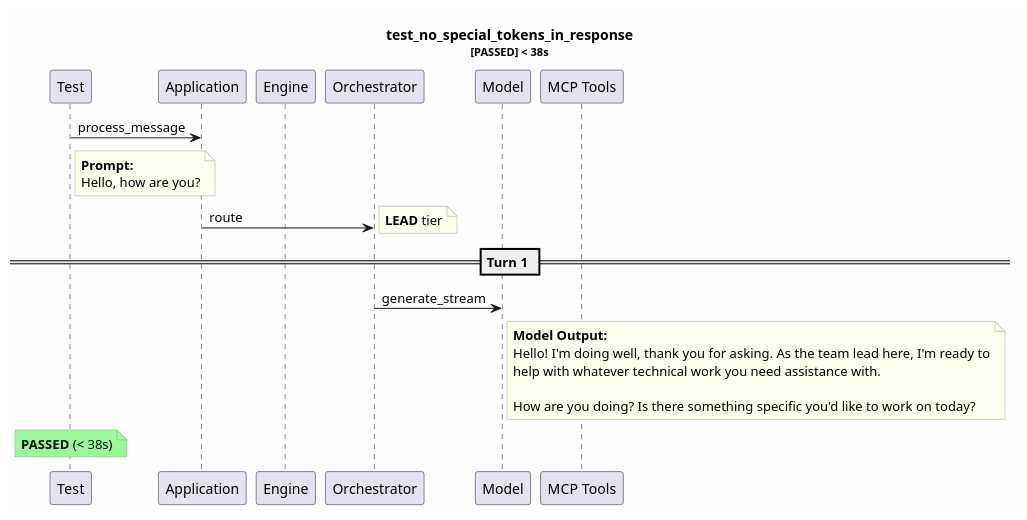
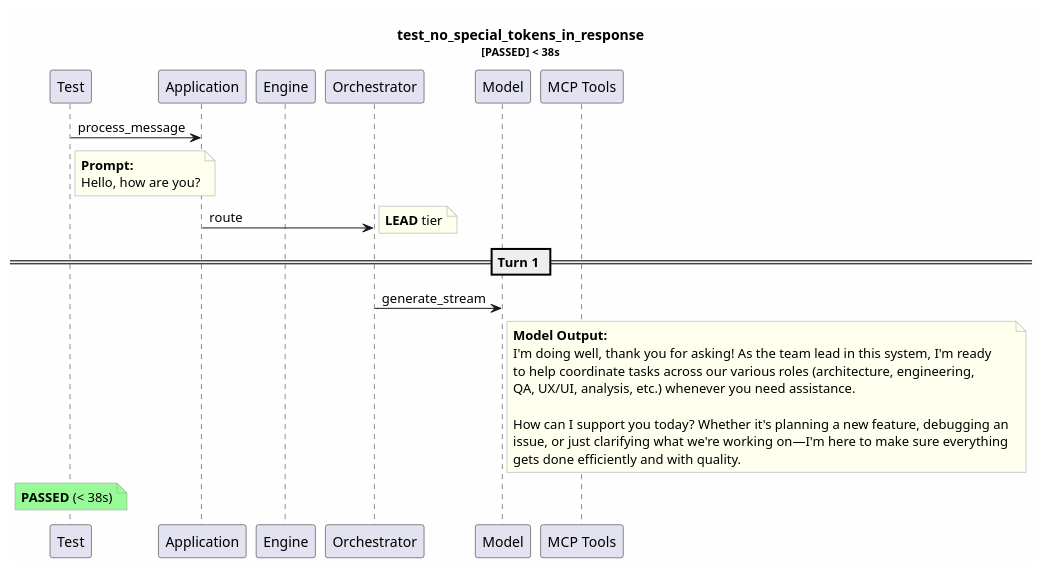
One commit to tvanfossen/entropic changed the diagram in test-reports/logs/test_no_special_tokens_in_response/test_no_special_tokens_in_response.puml. Above: the diagram before and after it, drawn with PlantUML. The commit also changed 11 other files, not shown here.

```diff
--- a/test-reports/logs/test_no_special_tokens_in_response/test_no_special_tokens_in_response.puml
+++ b/test-reports/logs/test_no_special_tokens_in_response/test_no_special_tokens_in_response.puml
@@ -1,34 +1,37 @@
 @startuml
 skinparam backgroundColor #FEFEFE
 skinparam noteBorderColor #999999
 skinparam noteBackgroundColor #FFFFEE
 title test_no_special_tokens_in_response\n<size:11>[PASSED] < 38s</size>
 
 participant "Test" as T
 participant "Application" as App
 participant "Engine" as Eng
 participant "Orchestrator" as Orch
 participant "Model" as Mdl
 participant "MCP Tools" as MCP
 
 T -> App: process_message
 note right of T
   **Prompt:**
   Hello, how are you?
 end note
 App -> Orch: route
 note right: **LEAD** tier
 == Turn 1 ==
 Orch -> Mdl: generate_stream
 note right of Mdl
   **Model Output:**
-  Hello! I'm doing well, thank you for asking. As the team lead here, I'm ready to
-  help with whatever technical work you need assistance with. 
+  I'm doing well, thank you for asking! As the team lead in this system, I'm ready
+  to help coordinate tasks across our various roles (architecture, engineering, 
+  QA, UX/UI, analysis, etc.) whenever you need assistance.
   
-  How are you doing? Is there something specific you'd like to work on today?
+  How can I support you today? Whether it's planning a new feature, debugging an 
+  issue, or just clarifying what we're working on—I'm here to make sure everything
+  gets done efficiently and with quality.
 end note
 note over T #palegreen
   **PASSED** (< 38s)
 end note
 
 @enduml
```
